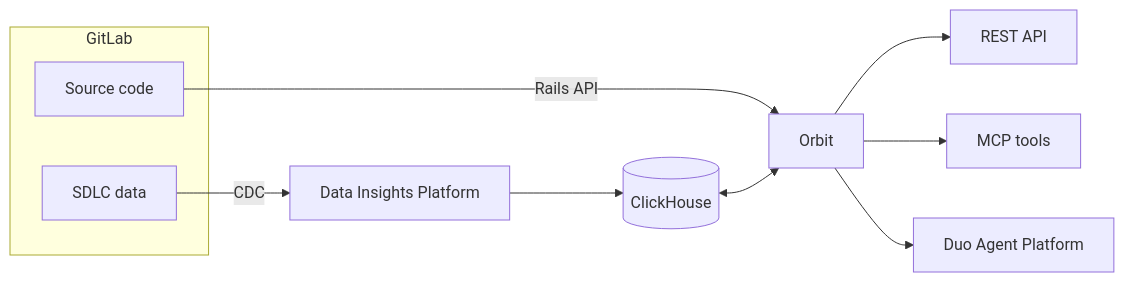
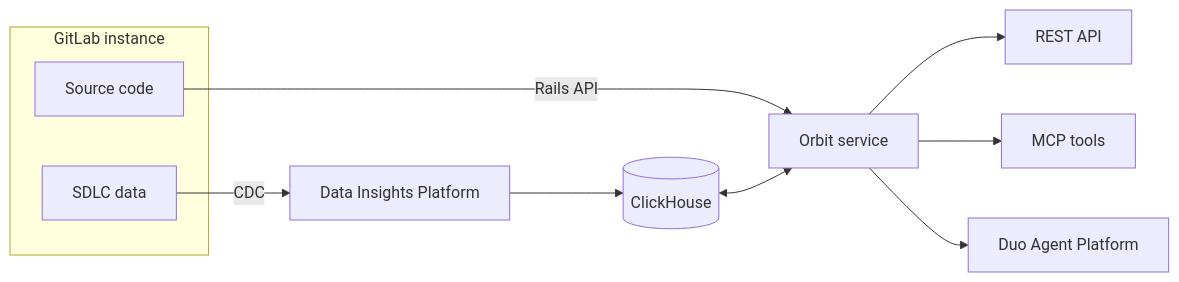
The first of 2 diagrams in docs/source/_index.md (gitlabhq/orbit-knowledge-graph), drawn with Mermaid before and after one commit. The commit also changed other lines of this file, not shown here.

First line of the commit message:
docs(orbit): split _index into individual Orbit Remote and Orbit Local sections

````diff
--- a/docs/source/_index.md
+++ b/docs/source/_index.md
@@ -57,19 +54,19 @@
 ```mermaid
 flowchart LR
-    accTitle: Orbit architecture overview
-    accDescr: SDLC data streams from GitLab via CDC to the Data Insights Platform, then to ClickHouse. Code is served over the Rails internal API. Orbit reads both sources, builds the graph in ClickHouse, and exposes it via REST, MCP, and Duo.
+    accTitle: Orbit Remote architecture
+    accDescr: SDLC data streams from GitLab via CDC to the Data Insights Platform, then to ClickHouse. Code is served over the Rails internal API. Orbit reads both sources, builds the graph in ClickHouse, and exposes it via REST API, MCP tools, and Duo Agent Platform.
 
-    subgraph GitLab
+    subgraph GitLab["GitLab instance"]
         SDLC[SDLC data]
         Code[Source code]
     end
 
     SDLC -- CDC --> DIP[Data Insights Platform]
     DIP --> CH[(ClickHouse)]
-    Code -- Rails API --> GKG[Orbit]
-    CH <--> GKG
+    Code -- Rails API --> Orbit[Orbit service]
+    CH <--> Orbit
 
-    GKG --> REST[REST API]
-    GKG --> MCP[MCP tools]
-    GKG --> DAP[Duo Agent Platform]
+    Orbit --> REST[REST API]
+    Orbit --> MCP[MCP tools]
+    Orbit --> DAP[Duo Agent Platform]
 ```
````
